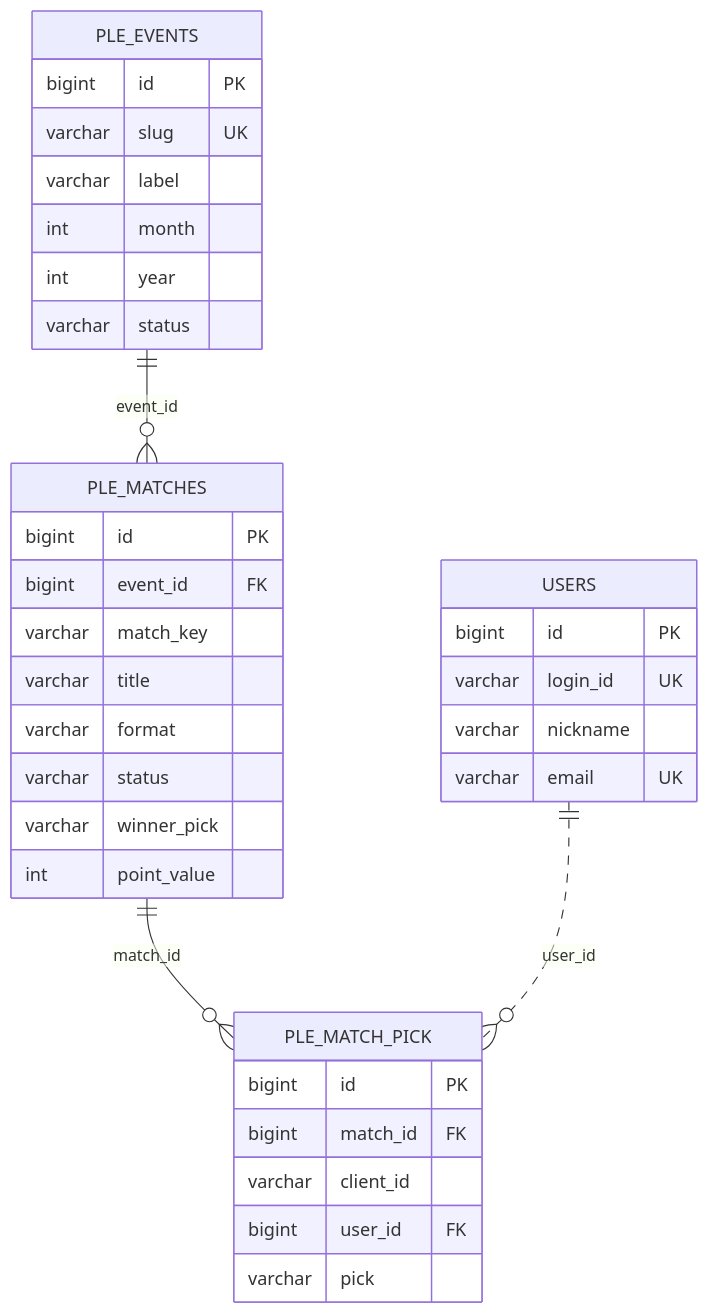
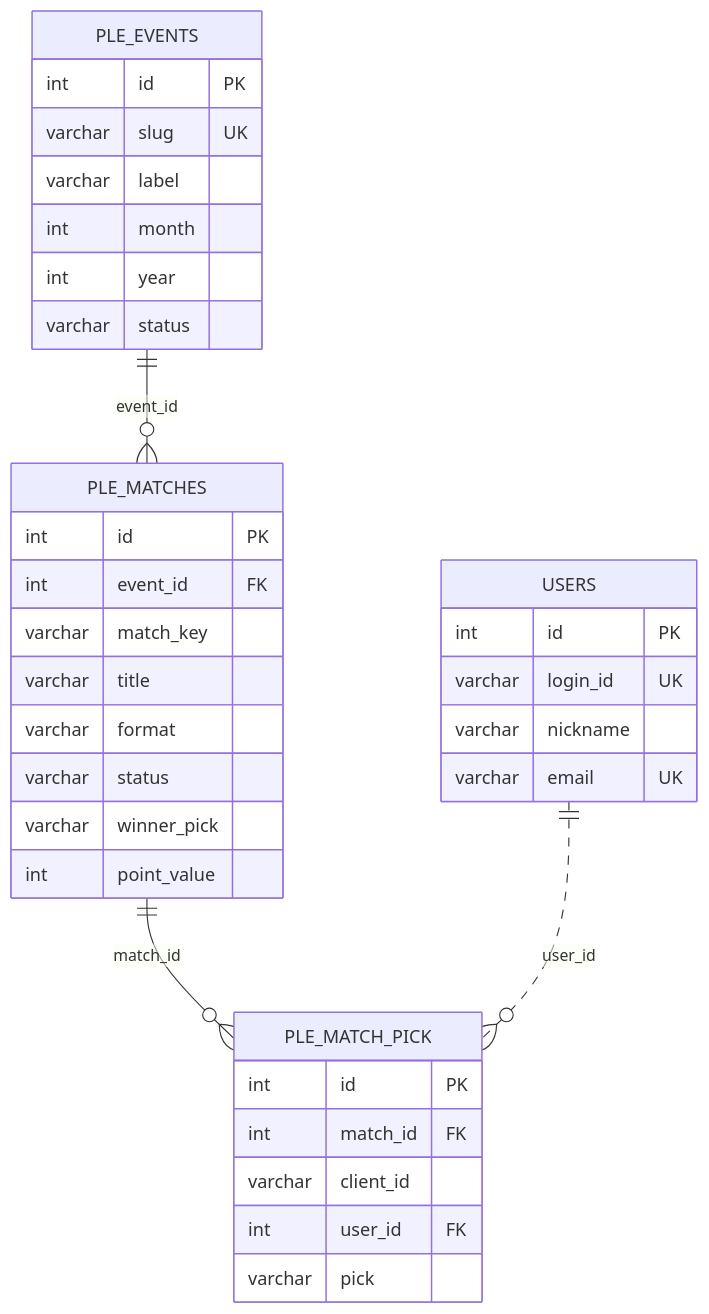
The first of 6 diagrams in DevOps/Backend/KAYFABE_ERD.md (jsangho/cloud.jsangho.docs), drawn with Mermaid before and after one commit. The commit also changed other lines of this file and 1 other file, not shown here.

````diff
--- a/DevOps/Backend/KAYFABE_ERD.md
+++ b/DevOps/Backend/KAYFABE_ERD.md
@@ -10,41 +12,41 @@
 ```mermaid
 erDiagram
     PLE_EVENTS ||--o{ PLE_MATCHES : event_id
     PLE_MATCHES ||--o{ PLE_MATCH_PICK : match_id
     USERS ||..o{ PLE_MATCH_PICK : user_id
 
     PLE_EVENTS {
-        bigint id PK
+        int id PK
         varchar slug UK
         varchar label
         int month
         int year
         varchar status
     }
 
     PLE_MATCHES {
-        bigint id PK
-        bigint event_id FK
+        int id PK
+        int event_id FK
         varchar match_key
         varchar title
         varchar format
         varchar status
         varchar winner_pick
         int point_value
     }
 
     PLE_MATCH_PICK {
-        bigint id PK
-        bigint match_id FK
+        int id PK
+        int match_id FK
         varchar client_id
-        bigint user_id FK
+        int user_id FK
         varchar pick
     }
 
     USERS {
-        bigint id PK
+        int id PK
         varchar login_id UK
         varchar nickname
         varchar email UK
     }
 ```
````
